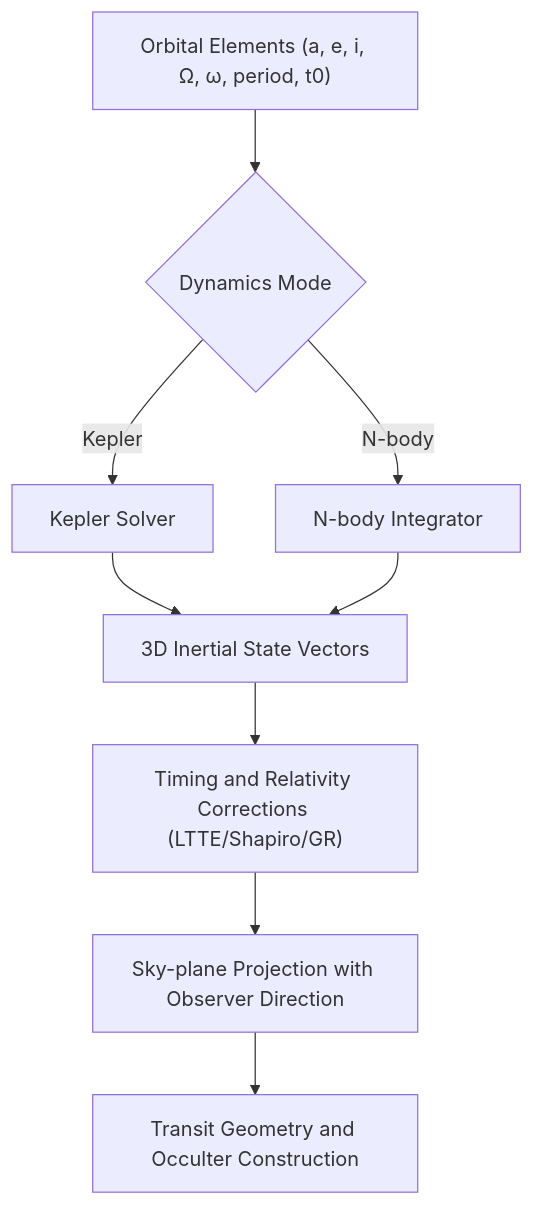
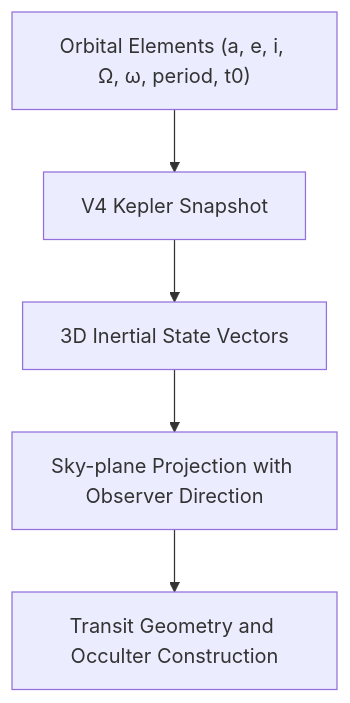
The first of 2 diagrams in docs/physics/overview.md (sebastianspicker/otherlight-exoplanets), drawn with Mermaid before and after one commit. The commit also changed other lines of this file and 723 other files, not shown here.

````diff
--- a/docs/physics/overview.md
+++ b/docs/physics/overview.md
@@ -21,11 +35,7 @@
 ```mermaid
 flowchart TD
-  Elements["Orbital Elements (a, e, i, Ω, ω, period, t0)"] --> Mode{"Dynamics Mode"}
-  Mode -->|Kepler| Kepler["Kepler Solver"]
-  Mode -->|N-body| NBody["N-body Integrator"]
+  Elements["Orbital Elements (a, e, i, Ω, ω, period, t0)"] --> Kepler["V4 Kepler Snapshot"]
   Kepler --> State["3D Inertial State Vectors"]
-  NBody --> State
-  State --> Relativity["Timing and Relativity Corrections (LTTE/Shapiro/GR)"]
-  Relativity --> Projection["Sky-plane Projection with Observer Direction"]
+  State --> Projection["Sky-plane Projection with Observer Direction"]
   Projection --> Geometry["Transit Geometry and Occulter Construction"]
 ```
````
